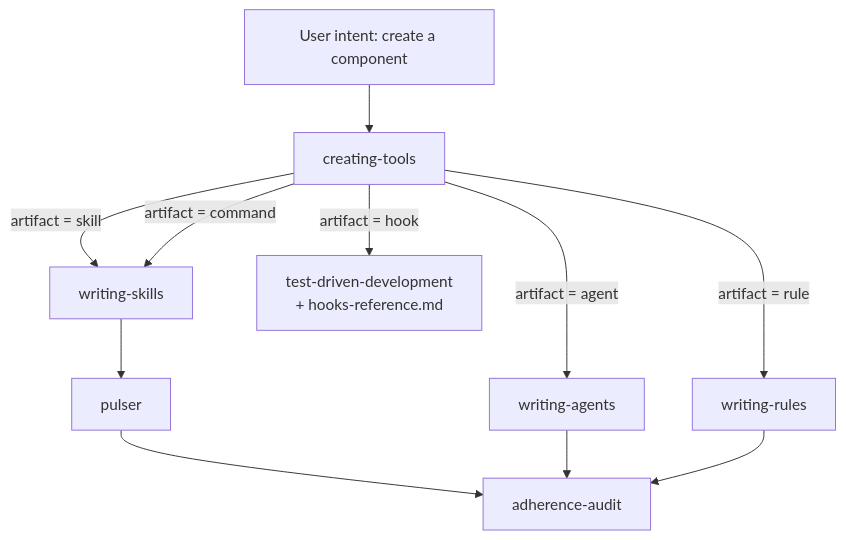
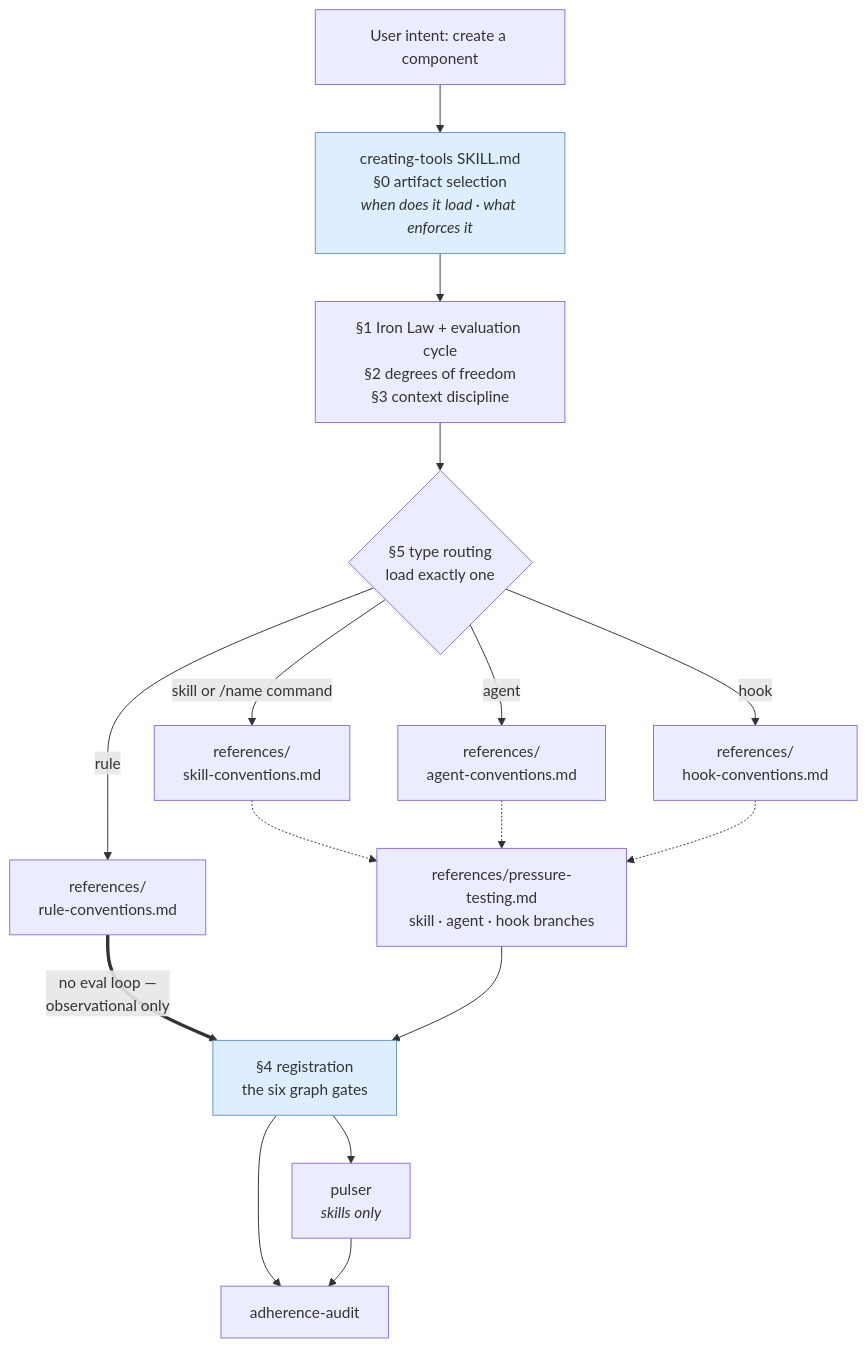
The first of 4 diagrams in docs/explanation/features/tool-authoring.md (TeamClyde/clydes_claude), drawn with Mermaid before and after one commit. The commit also changed other lines of this file and 6 other files, not shown here.

````diff
--- a/docs/explanation/features/tool-authoring.md
+++ b/docs/explanation/features/tool-authoring.md
@@ -55,13 +60,21 @@
 ```mermaid
 graph TD
-    U[User intent: create a component] --> CT[creating-tools]
-    CT -->|artifact = skill| WS[writing-skills]
-    CT -->|artifact = agent| WA[writing-agents]
-    CT -->|artifact = rule| WR[writing-rules]
-    CT -->|artifact = hook| HD[test-driven-development<br/>+ hooks-reference.md]
-    CT -->|artifact = command| WS
-    WS --> PL[pulser]
-    PL --> AA[adherence-audit]
-    WA --> AA
-    WR --> AA
+    U[User intent: create a component] --> S0["creating-tools SKILL.md<br/>§0 artifact selection<br/><i>when does it load · what enforces it</i>"]
+    S0 --> S1["§1 Iron Law + evaluation cycle<br/>§2 degrees of freedom<br/>§3 context discipline"]
+    S1 --> S5{"§5 type routing<br/>load exactly one"}
+    S5 -->|skill or /name command| RS["references/<br/>skill-conventions.md"]
+    S5 -->|agent| RA["references/<br/>agent-conventions.md"]
+    S5 -->|rule| RR["references/<br/>rule-conventions.md"]
+    S5 -->|hook| RH["references/<br/>hook-conventions.md"]
+    RS -.-> PT["references/pressure-testing.md<br/>skill · agent · hook branches"]
+    RA -.-> PT
+    RH -.-> PT
+    RR ==>|no eval loop —<br/>observational only| S4
+    PT --> S4["§4 registration<br/>the six graph gates"]
+    S4 --> PL[pulser<br/><i>skills only</i>]
+    S4 --> AA[adherence-audit]
+    PL --> AA
+
+    style S0 fill:#ddeeff,stroke:#6699cc
+    style S4 fill:#ddeeff,stroke:#6699cc
 ```
````
